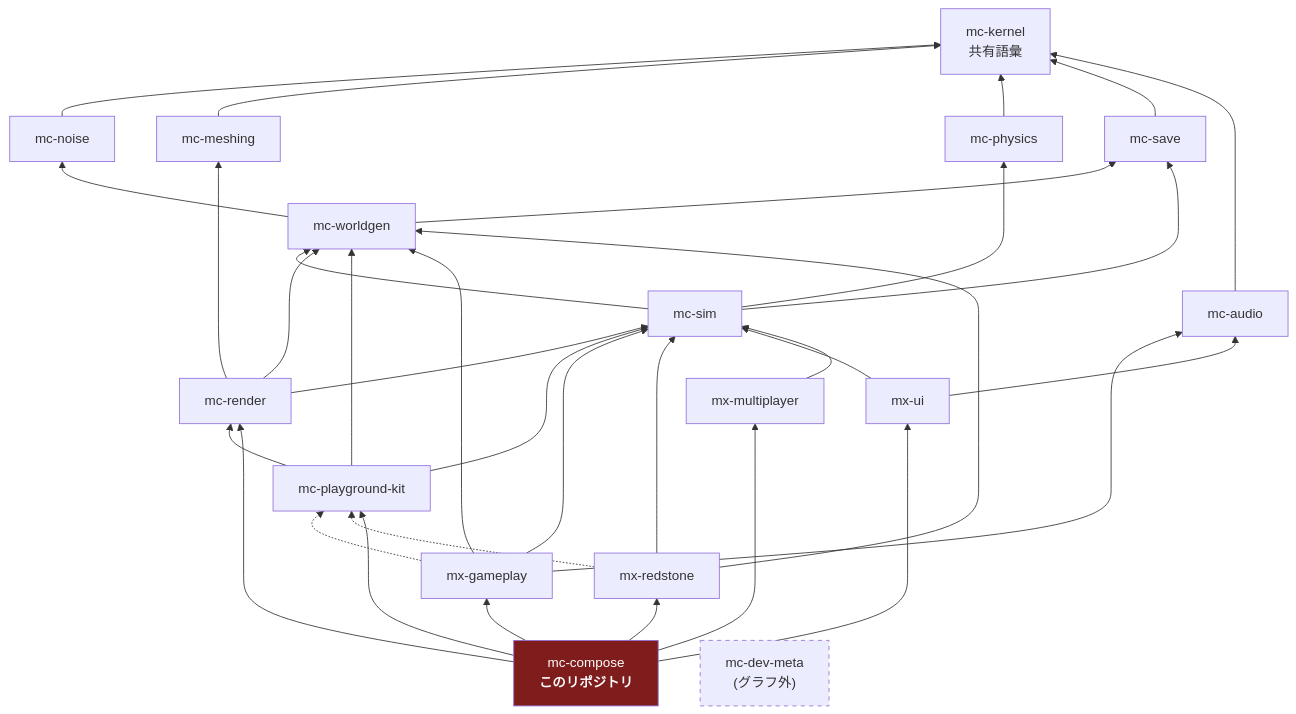
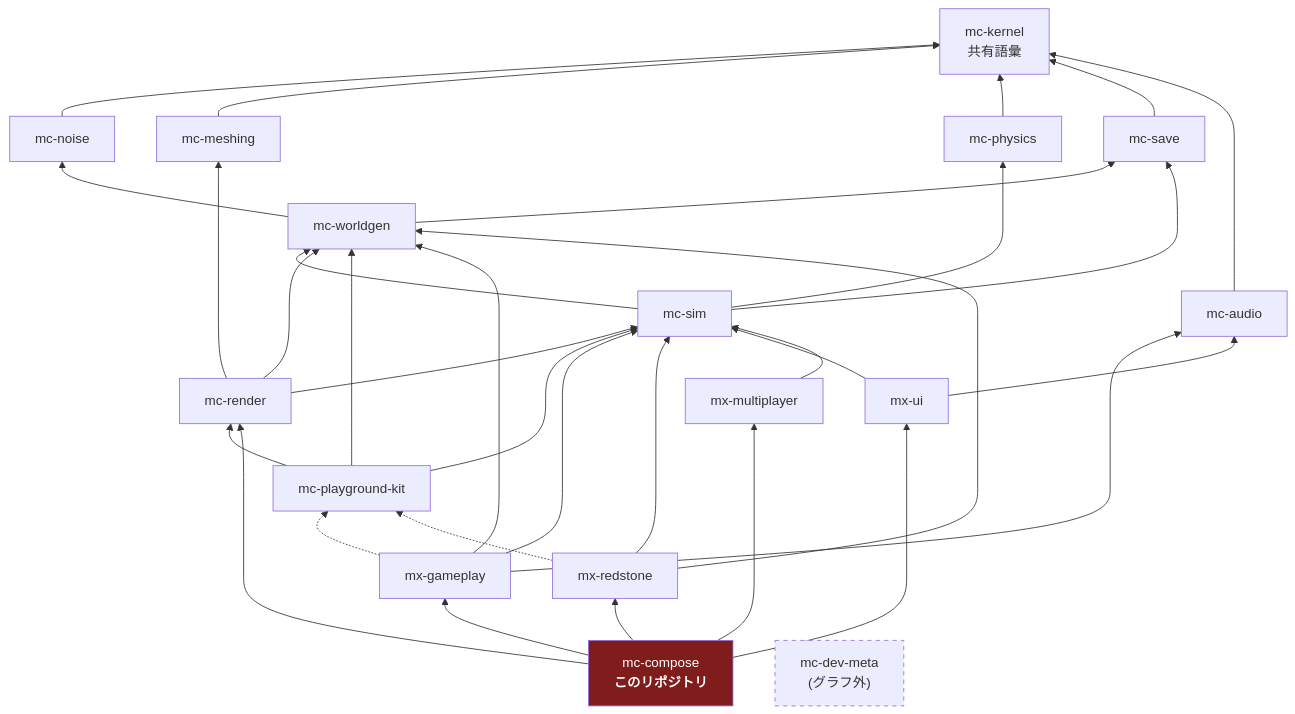
Before and after one commit to nerima-games/mc-compose: the diagram in docs/architecture.md, drawn with Mermaid. The commit also changed other lines of this file and 211 other files, not shown here.

````diff
--- a/docs/architecture.md
+++ b/docs/architecture.md
@@ -24,55 +26,54 @@
 ```mermaid
 graph BT
   kernel["mc-kernel<br/>共有語彙"]
   noise["mc-noise"]
   meshing["mc-meshing"]
   physics["mc-physics"]
   save["mc-save"]
   audio["mc-audio"]
   worldgen["mc-worldgen"]
   sim["mc-sim"]
   render["mc-render"]
   kit["mc-playground-kit"]
   gameplay["mx-gameplay"]
   redstone["mx-redstone"]
   ui["mx-ui"]
   multiplayer["mx-multiplayer"]
   compose["mc-compose<br/><b>このリポジトリ</b>"]
   devmeta["mc-dev-meta<br/>(グラフ外)"]
 
   noise --> kernel
   meshing --> kernel
   physics --> kernel
   save --> kernel
   audio --> kernel
   worldgen --> noise
   worldgen --> save
   sim --> physics
   sim --> save
   sim --> worldgen
   render --> meshing
   render --> sim
   render --> worldgen
   kit --> worldgen
   kit --> sim
   kit --> render
   gameplay --> sim
   gameplay --> worldgen
   gameplay --> audio
   gameplay -.-> kit
   redstone --> sim
   redstone --> worldgen
   redstone -.-> kit
   ui --> sim
   ui --> audio
   multiplayer --> sim
   compose --> gameplay
   compose --> redstone
   compose --> ui
   compose --> multiplayer
   compose --> render
-  compose --> kit
 
   style compose fill:#7f1d1d,color:#ffffff
   style devmeta stroke-dasharray: 5 5
 ```
````
